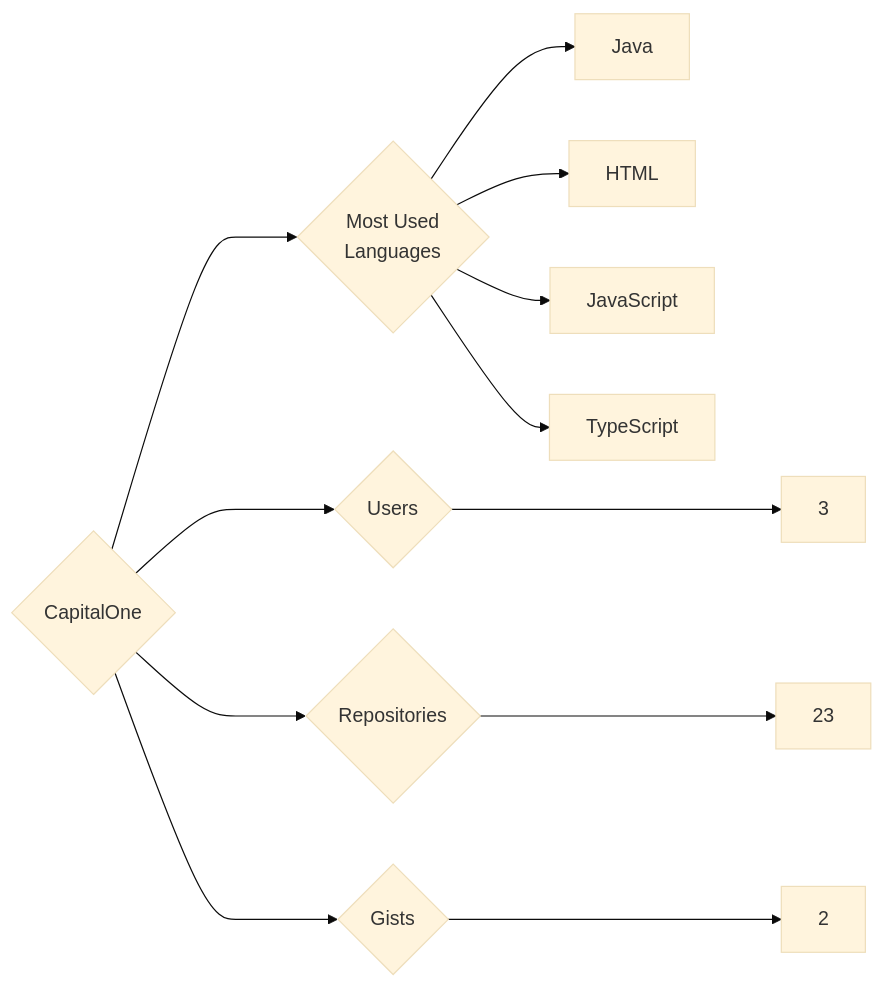
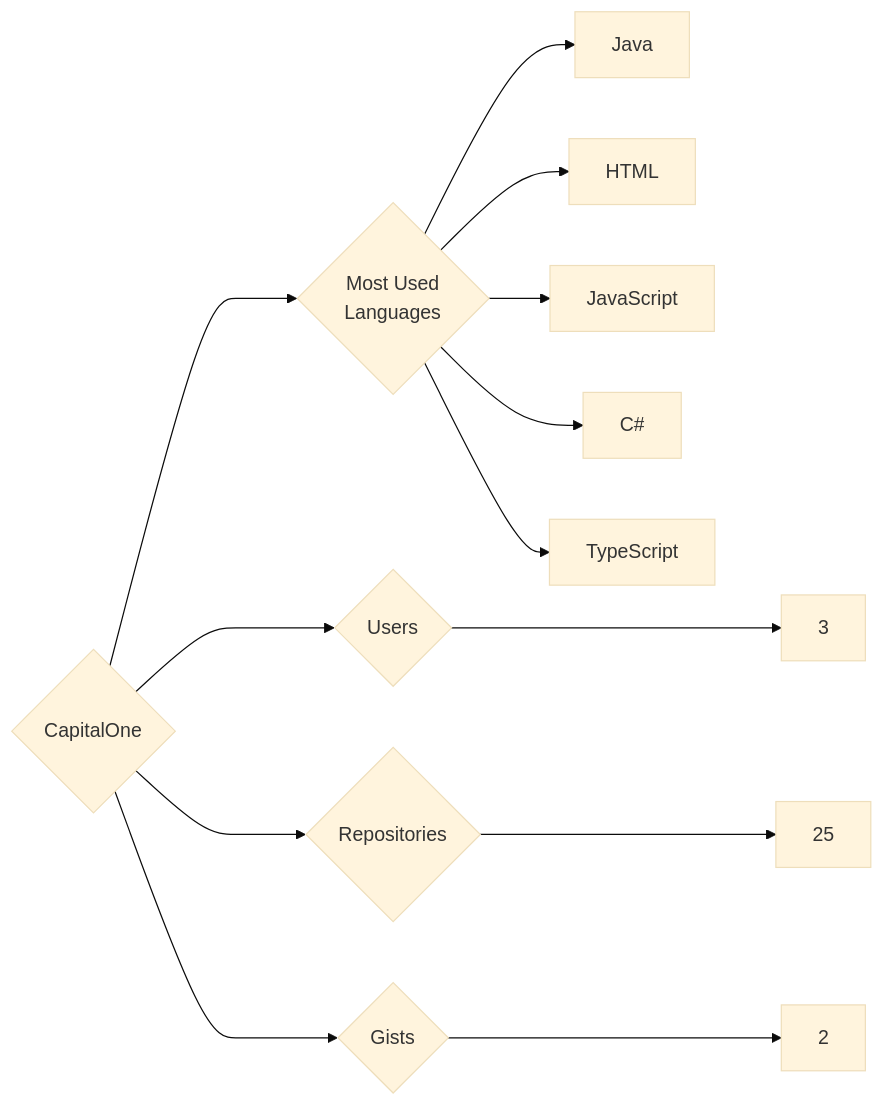
The diagram in targets/CapitalOne/README.md (trickest/insiders), drawn with Mermaid (base theme) before and after one commit. The commit also changed 1092 other files, not shown here.

````diff
--- a/targets/CapitalOne/README.md
+++ b/targets/CapitalOne/README.md
@@ -3,12 +3,13 @@
 ```mermaid
 graph LR
 COMPANY_NAME{CapitalOne}
 COMPANY_NAME ---> U{Users} ---> UN[3]
-COMPANY_NAME ---> R{Repositories} ---> RN[23]
+COMPANY_NAME ---> R{Repositories} ---> RN[25]
 COMPANY_NAME ---> G{Gists} ---> GN[2]
 COMPANY_NAME ---> ML{Most Used<br>Languages}
 ML --> Java[Java]
 ML --> HTML[HTML]
 ML --> JavaScript[JavaScript]
+ML --> C#[C#]
 ML --> TypeScript[TypeScript]
 ```
````
